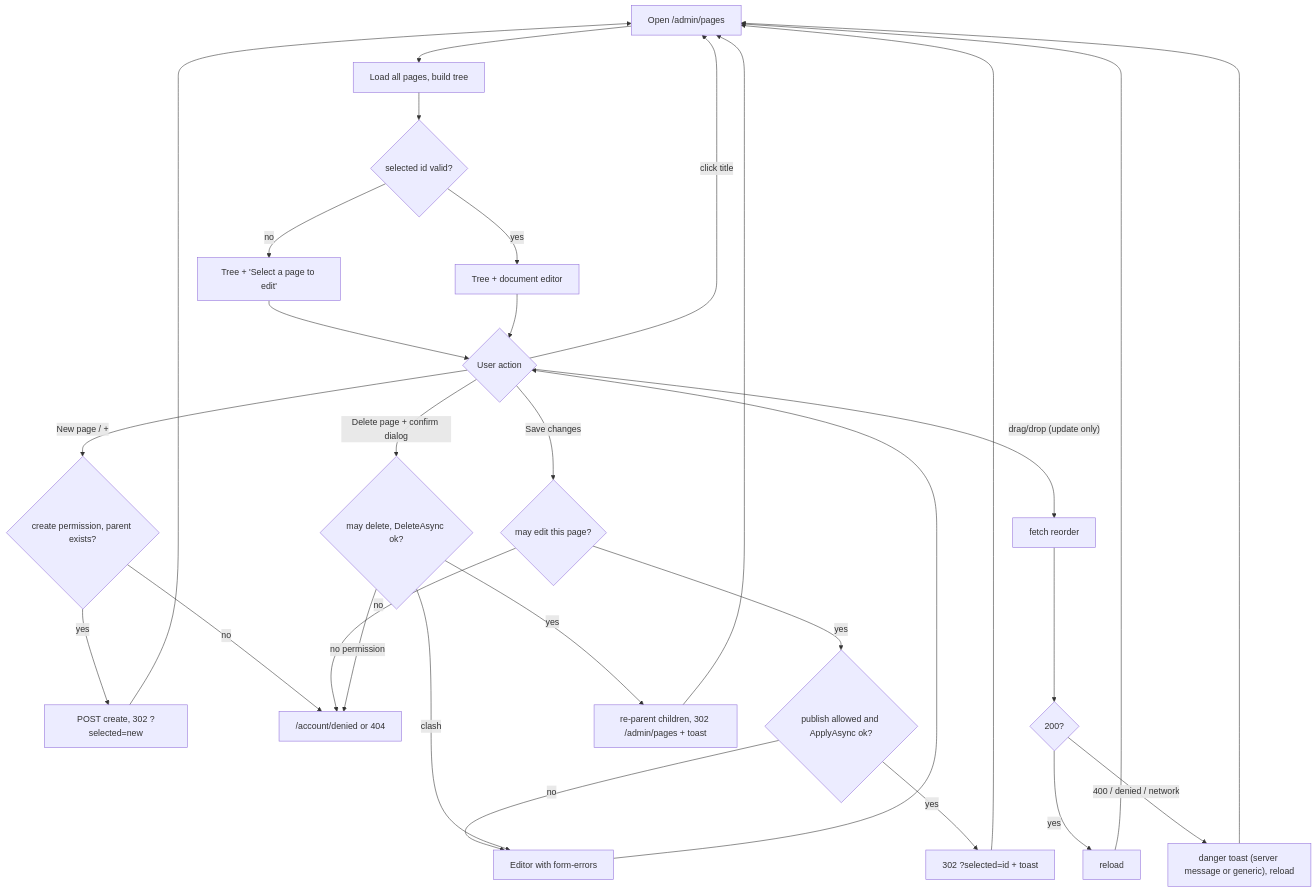
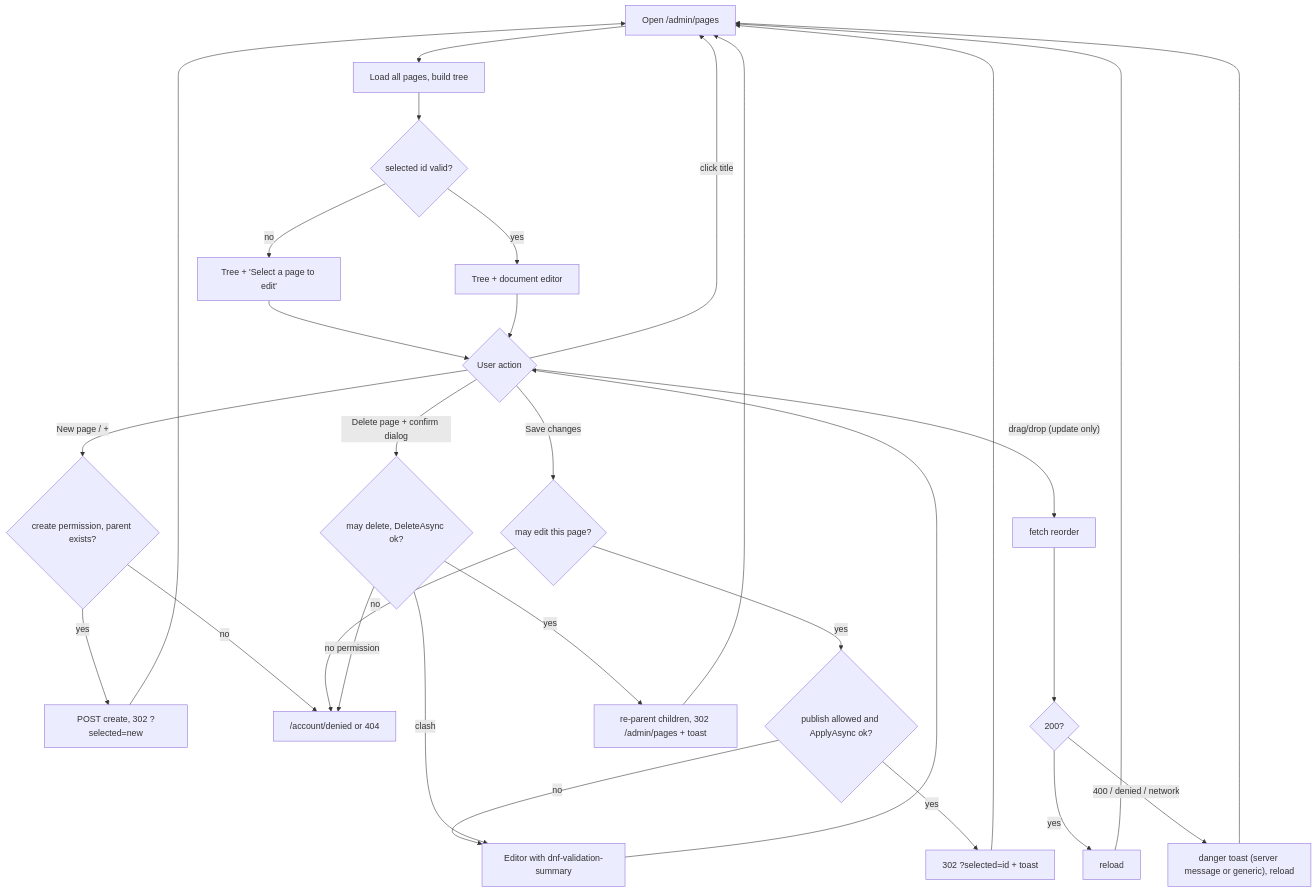
Before and after one commit to Albadit/DotNetForge: the third of 4 diagrams in .docs/pages/pages.md, drawn with Mermaid. The commit also changed other lines of this file and 412 other files, not shown here.

````diff
--- a/.docs/pages/pages.md
+++ b/.docs/pages/pages.md
@@ -411,25 +414,25 @@
 ```mermaid
 flowchart TD
     A[Open /admin/pages] --> B[Load all pages, build tree]
     B --> C{"selected id valid?"}
     C -- no --> D["Tree + 'Select a page to edit'"]
     C -- yes --> E[Tree + document editor]
     D --> F{User action}
     E --> F
     F -- "click title" --> A
     F -- "New page / +" --> G{"create permission, parent exists?"}
     G -- yes --> H["POST create, 302 ?selected=new"] --> A
     G -- no --> Z["/account/denied or 404"]
     F -- "Save changes" --> I{"may edit this page?"}
     I -- no --> Z
     I -- yes --> J{"publish allowed and ApplyAsync ok?"}
-    J -- no --> E2["Editor with form-errors"] --> F
+    J -- no --> E2["Editor with dnf-validation-summary"] --> F
     J -- yes --> K["302 ?selected=id + toast"] --> A
     F -- "Delete page + confirm dialog" --> L{"may delete, DeleteAsync ok?"}
     L -- "no permission" --> Z
     L -- clash --> E2
     L -- yes --> M["re-parent children, 302 /admin/pages + toast"] --> A
     F -- "drag/drop (update only)" --> N[fetch reorder] --> O{"200?"}
     O -- yes --> P[reload] --> A
     O -- "400 / denied / network" --> Q["danger toast (server message or generic), reload"] --> A
 ```
````
